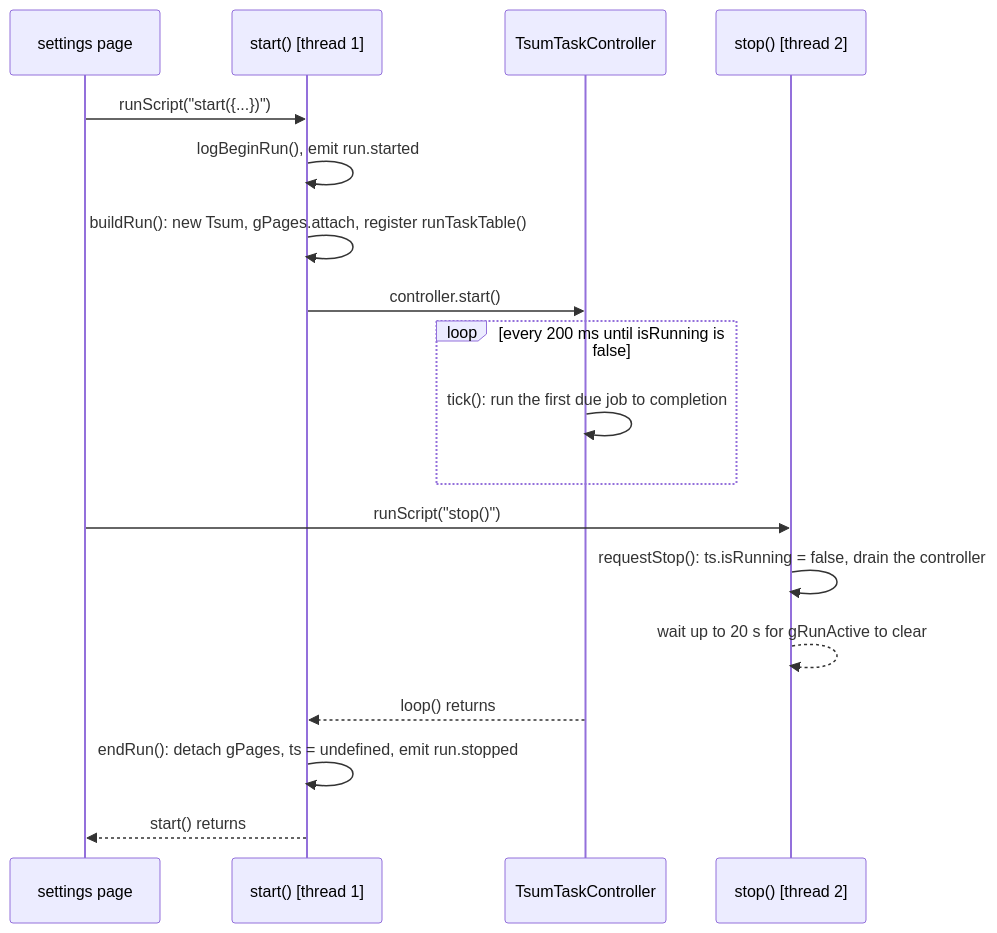
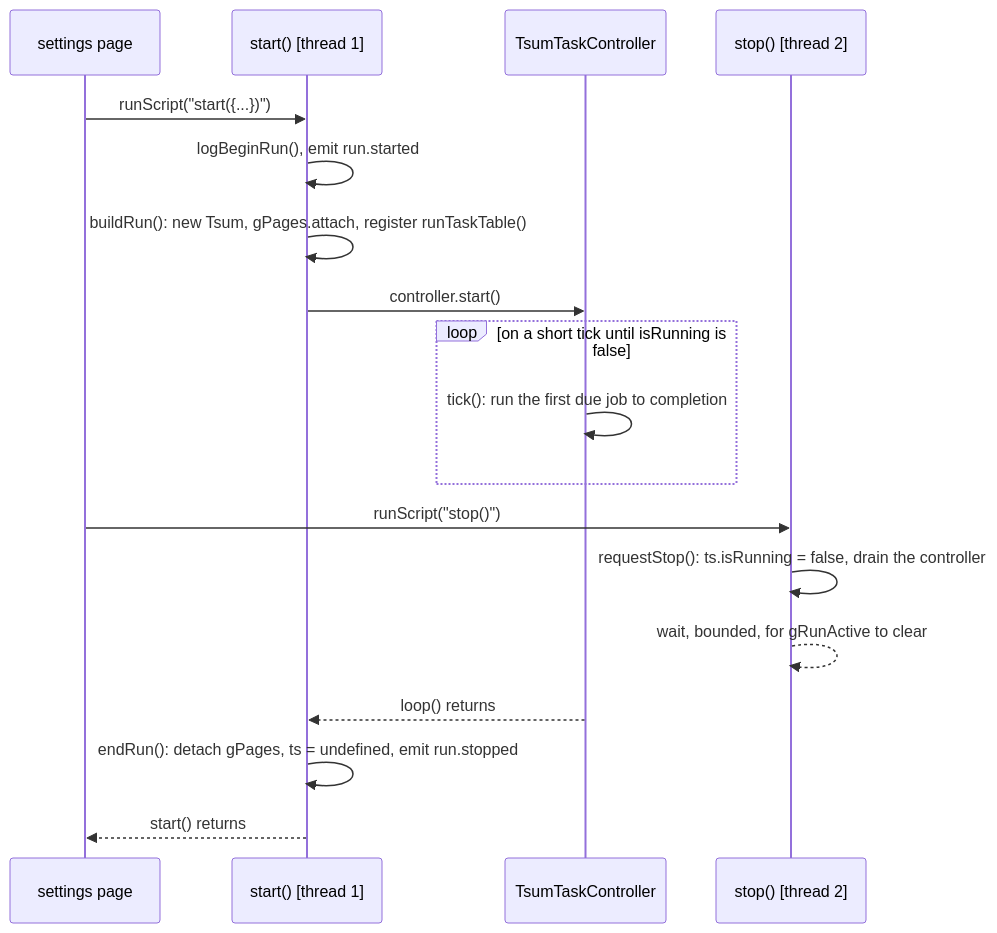
One commit to TsumTsumScripts/tsum-tsum-script changed the diagram in website/docs/architecture/run-lifecycle.md. Above: the diagram before and after it, drawn with Mermaid. The commit also changed other lines of this file and 14 other files, not shown here.

````diff
--- a/website/docs/architecture/run-lifecycle.md
+++ b/website/docs/architecture/run-lifecycle.md
@@ -12,20 +12,20 @@
 ```mermaid
 sequenceDiagram
   participant P as settings page
   participant S as start() [thread 1]
   participant C as TsumTaskController
   participant T as stop() [thread 2]
   P->>S: runScript("start({...})")
   S->>S: logBeginRun(), emit run.started
   S->>S: buildRun(): new Tsum, gPages.attach, register runTaskTable()
   S->>C: controller.start()
-  loop every 200 ms until isRunning is false
+  loop on a short tick until isRunning is false
     C->>C: tick(): run the first due job to completion
   end
   P->>T: runScript("stop()")
   T->>T: requestStop(): ts.isRunning = false, drain the controller
-  T-->>T: wait up to 20 s for gRunActive to clear
+  T-->>T: wait, bounded, for gRunActive to clear
   C-->>S: loop() returns
   S->>S: endRun(): detach gPages, ts = undefined, emit run.stopped
   S-->>P: start() returns
 ```
````
